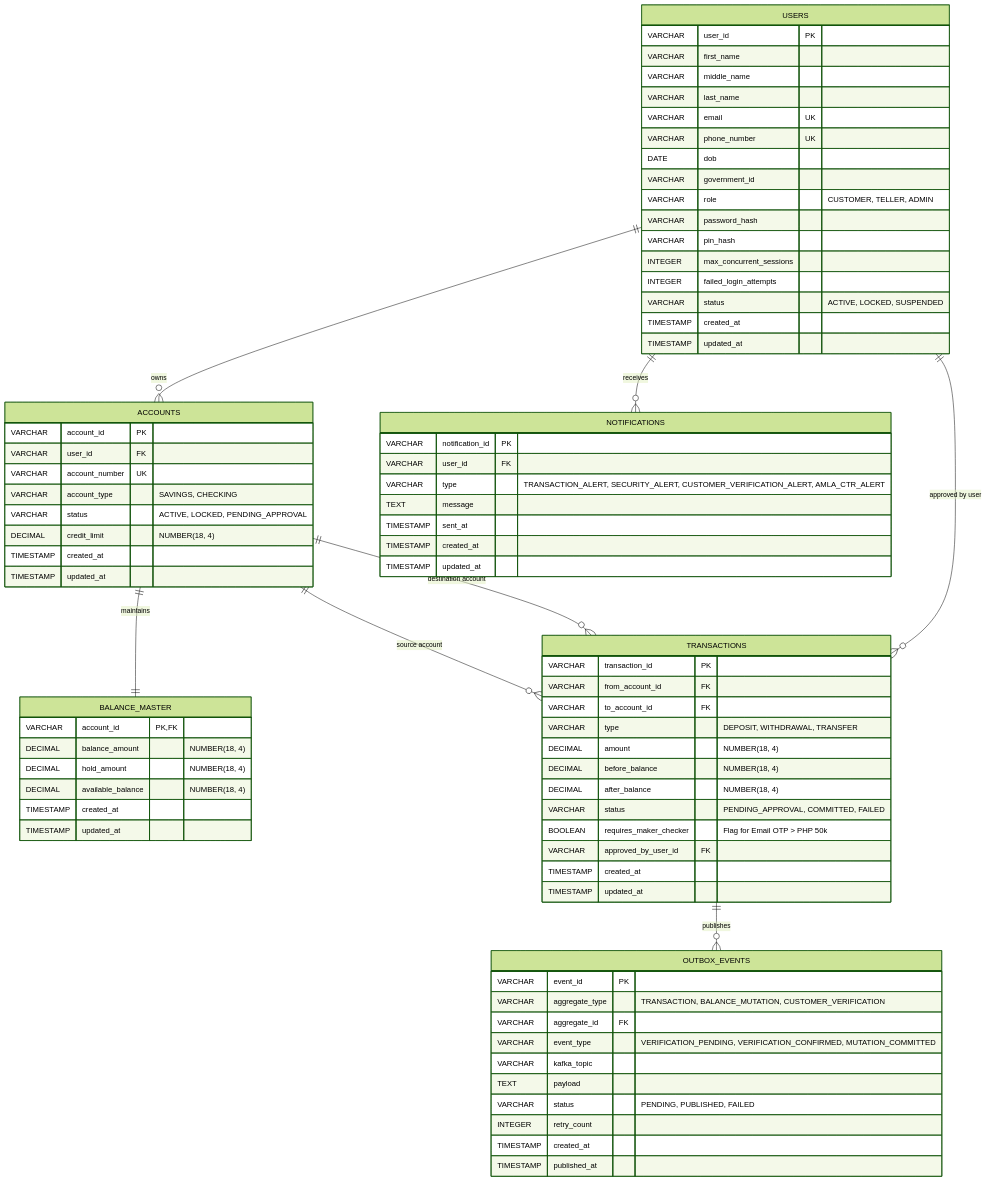
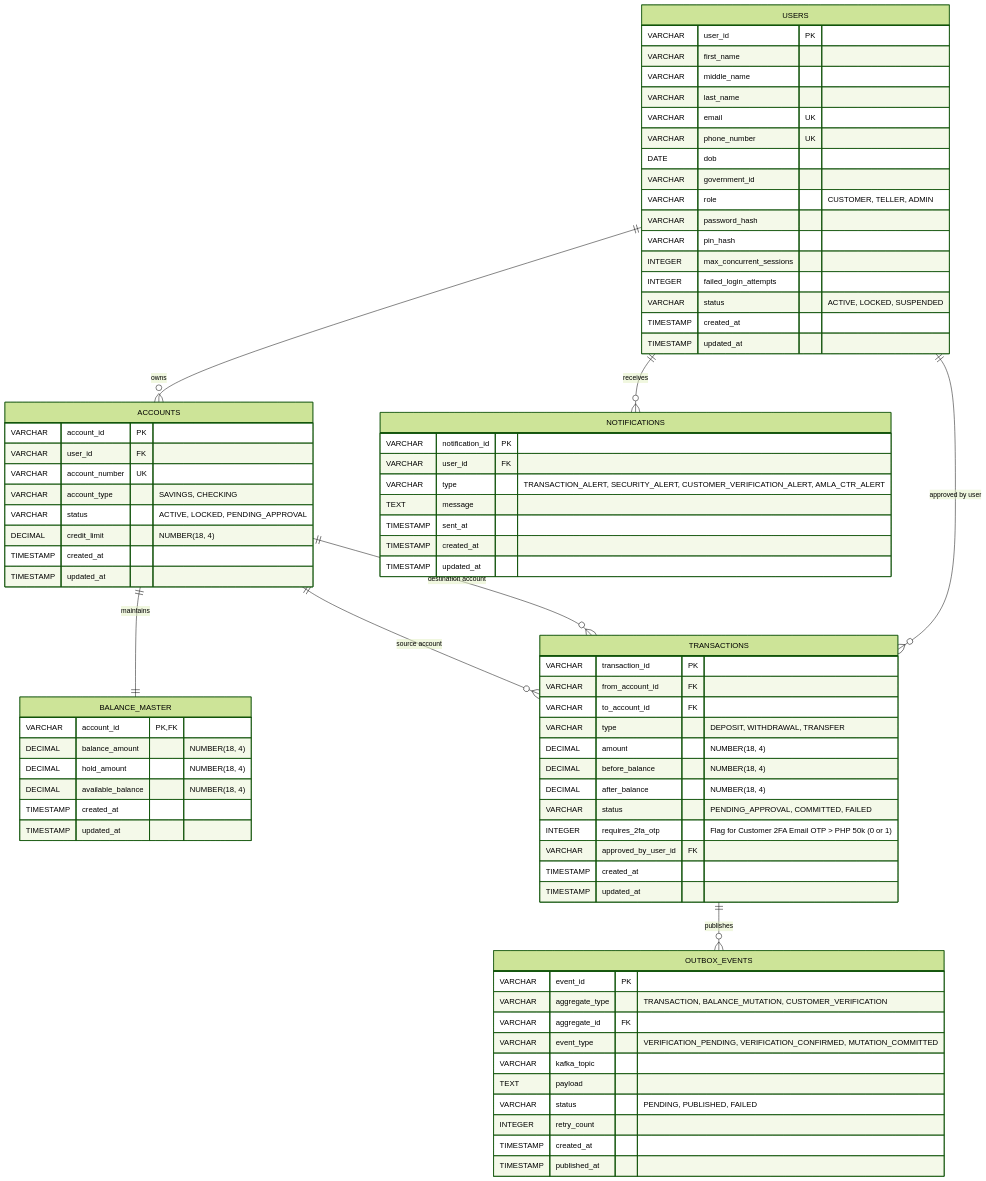
One commit to jmbilbao25/group3_fse_capstone changed the diagram in ERD.md. Above: the diagram before and after it, drawn with Mermaid (forest theme). The commit also changed other lines of this file and 10 other files, not shown here.

Commit message:
feat: implement secure dynamic 2FA OTP, clean Kafka event payloads, and remove maker-checker leftovers

```diff
--- a/ERD.md
+++ b/ERD.md
@@ -64,7 +64,7 @@
         DECIMAL before_balance "NUMBER(18, 4)"
         DECIMAL after_balance "NUMBER(18, 4)"
         VARCHAR status "PENDING_APPROVAL, COMMITTED, FAILED"
-        BOOLEAN requires_maker_checker "Flag for Email OTP > PHP 50k"
+        INTEGER requires_2fa_otp "Flag for Customer 2FA Email OTP > PHP 50k (0 or 1)"
         VARCHAR approved_by_user_id FK
         TIMESTAMP created_at
         TIMESTAMP updated_at
```
